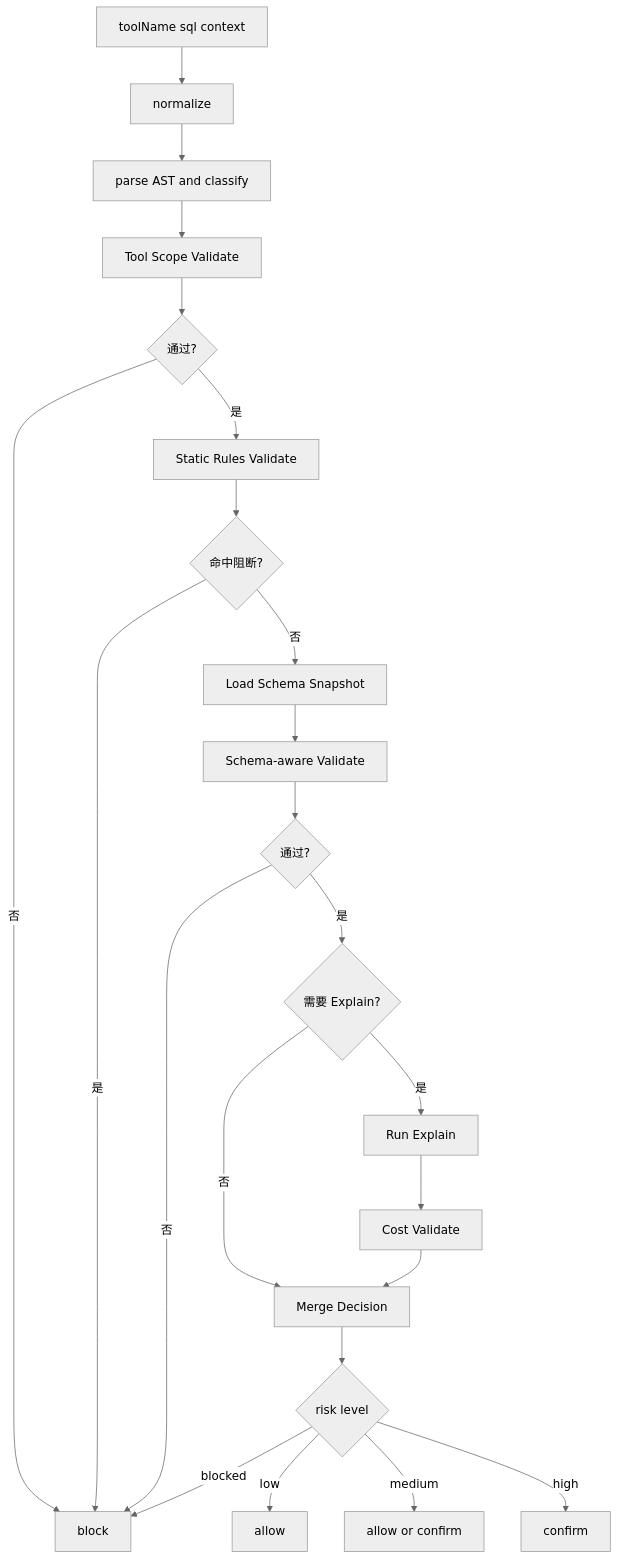
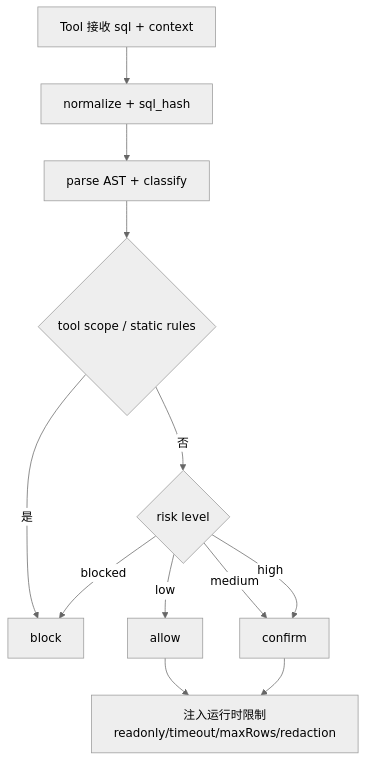
Before and after one commit to youweichen0208/taurus-mcp-server: the sixth of 6 diagrams in docs/architecture.md, drawn with Mermaid (neutral theme). The commit also changed other lines of this file and 35 other files, not shown here.

````diff
--- a/docs/architecture.md
+++ b/docs/architecture.md
@@ -785,25 +920,14 @@
 ```mermaid
 flowchart TB
-  A[toolName sql context] --> B[normalize]
-  B --> C[parse AST and classify]
-  C --> D[Tool Scope Validate]
-  D --> E{通过?}
-  E -->|否| Z1[block]
-  E -->|是| F[Static Rules Validate]
-  F --> G{命中阻断?}
-  G -->|是| Z1
-  G -->|否| H[Load Schema Snapshot]
-  H --> I[Schema-aware Validate]
-  I --> J{通过?}
-  J -->|否| Z1
-  J -->|是| K{需要 Explain?}
-  K -->|否| L[Merge Decision]
-  K -->|是| M[Run Explain]
-  M --> N[Cost Validate]
-  N --> L
-  L --> O{risk level}
-  O -->|low| Z2[allow]
-  O -->|medium| Z3[allow or confirm]
-  O -->|high| Z4[confirm]
-  O -->|blocked| Z1
+  A[Tool 接收 sql + context] --> B[normalize + sql_hash]
+  B --> C[parse AST + classify]
+  C --> D{tool scope / static rules}
+  D -->|是| Z1[block]
+  D -->|否| J{risk level}
+  J -->|low| Z2[allow]
+  J -->|medium| Z3[confirm]
+  J -->|high| Z3
+  J -->|blocked| Z1
+  Z2 --> K[注入运行时限制<br/>readonly/timeout/maxRows/redaction]
+  Z3 --> K
 ```
````
